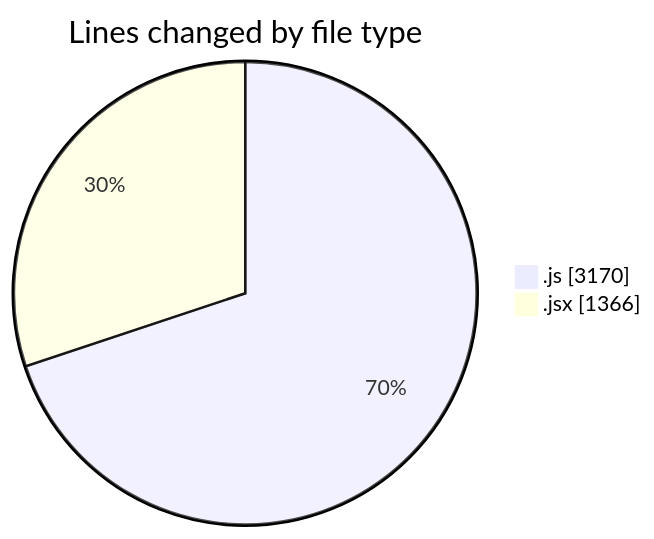
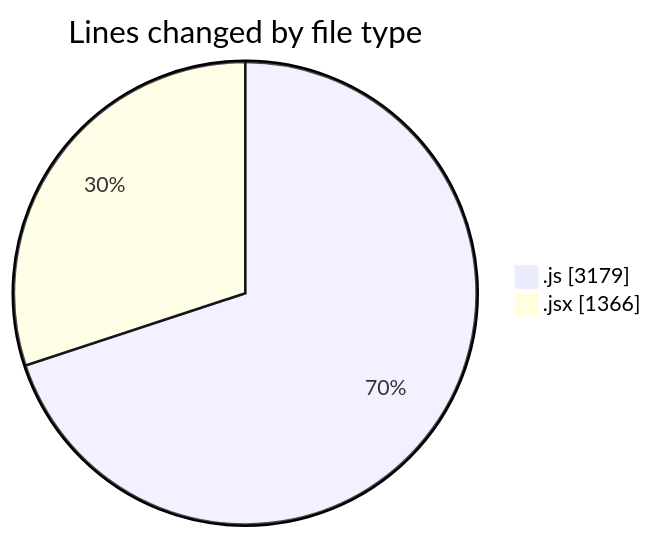
Before and after one commit to nxtqubesakshisongat/code-tracking: the first of 2 diagrams in 2025-07-23/nxtqube_webapp/README.md, drawn with Mermaid. The commit also changed other lines of this file and 1 other file, not shown here.

````diff
--- a/2025-07-23/nxtqube_webapp/README.md
+++ b/2025-07-23/nxtqube_webapp/README.md
@@ -42,6 +42,6 @@
 ```mermaid
 pie showData
 title Lines changed by file type
-".js" : 3170
+".js" : 3179
 ".jsx" : 1366
 ```
````
